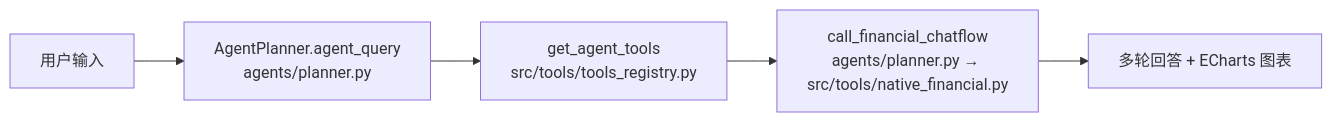
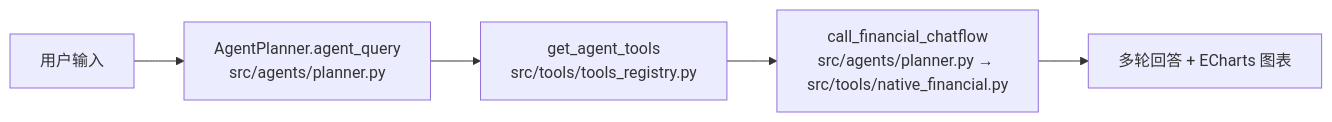
One commit to autumnieave/smart-financial-qa changed the fourth of 4 diagrams in docs/ARCHITECTURE.md. Above: the diagram before and after it, drawn with Mermaid. The commit also changed other lines of this file and 7 other files, not shown here.

````diff
--- a/docs/ARCHITECTURE.md
+++ b/docs/ARCHITECTURE.md
@@ -120,7 +120,7 @@
 ```mermaid
 flowchart LR
-    U["用户输入"] --> AG["AgentPlanner.agent_query<br/>agents/planner.py"]
+    U["用户输入"] --> AG["AgentPlanner.agent_query<br/>src/agents/planner.py"]
     AG --> T["get_agent_tools<br/>src/tools/tools_registry.py"]
-    T --> F["call_financial_chatflow<br/>agents/planner.py → src/tools/native_financial.py"]
+    T --> F["call_financial_chatflow<br/>src/agents/planner.py → src/tools/native_financial.py"]
     F --> O["多轮回答 + ECharts 图表"]
 ```
````
